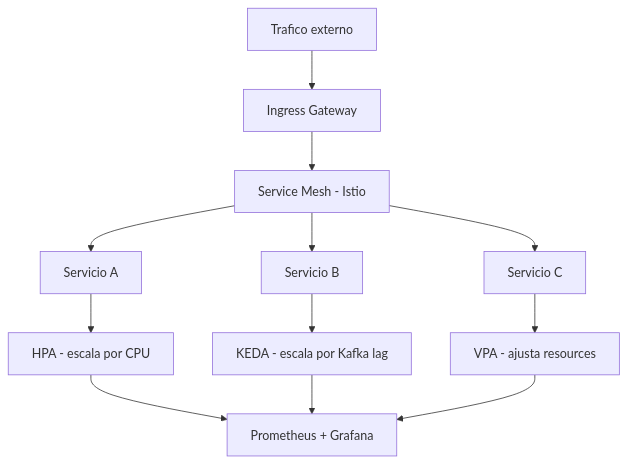
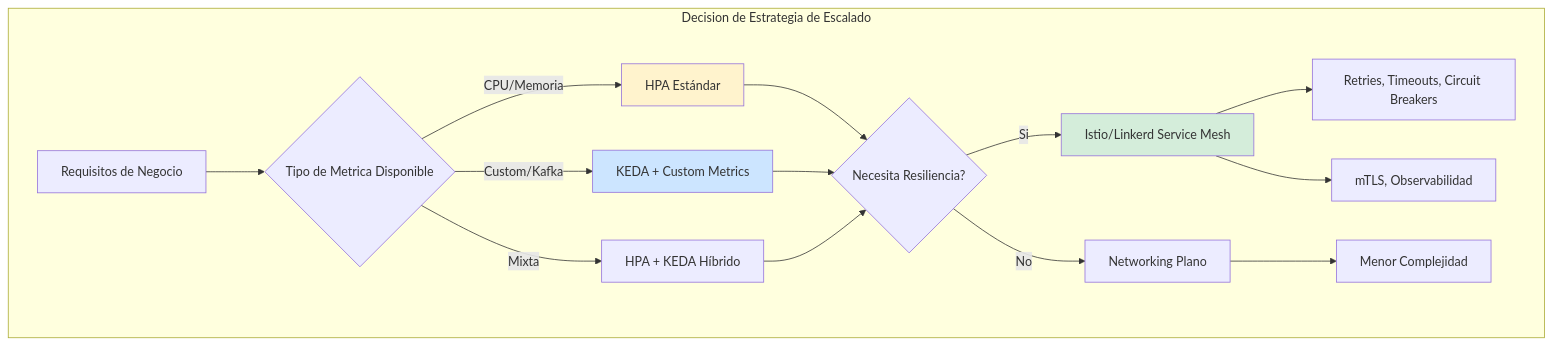
The first of 4 diagrams in 05_SRE_DevOps/kubernetes_auto-escalado_service_mesh_2026_STAFF.md (Joaquinriosheredia/DAM-Java-Mastery), drawn with Mermaid before and after one commit. The commit also changed other lines of this file, not shown here.

Commit message:
kubernetes_auto-escalado_service_mesh_2026_STAFF.md

````diff
--- a/05_SRE_DevOps/kubernetes_auto-escalado_service_mesh_2026_STAFF.md
+++ b/05_SRE_DevOps/kubernetes_auto-escalado_service_mesh_2026_STAFF.md
@@ -29,14 +77,24 @@
 ```mermaid
 graph TD
-    A[Trafico externo] --> B[Ingress Gateway] 
-    B --> C[Service Mesh - Istio]
-    C --> D[Servicio A]
-    C --> E[Servicio B]
-    C --> F[Servicio C]
-    D --> G[HPA - escala por CPU]
-    E --> H[KEDA - escala por Kafka lag]
-    F --> I[VPA - ajusta resources]
-    G --> J[Prometheus + Grafana]
-    H --> J
-    I --> J
+    subgraph "Decision de Estrategia de Escalado"
+        REQ[Requisitos de Negocio] --> METRICA{Tipo de Metrica Disponible}
+        METRICA -->|CPU/Memoria| HPA[HPA Estándar]
+        METRICA -->|Custom/Kafka| KEDA[KEDA + Custom Metrics]
+        METRICA -->|Mixta| HYBRID[HPA + KEDA Híbrido]
+        
+        HPA --> MESH{Necesita Resiliencia?}
+        KEDA --> MESH
+        HYBRID --> MESH
+        
+        MESH -->|Si| ISTIO[Istio/Linkerd Service Mesh]
+        MESH -->|No| PLAIN[Networking Plano]
+        
+        ISTIO --> BENEFIT1[Retries, Timeouts, Circuit Breakers]
+        ISTIO --> BENEFIT2[mTLS, Observabilidad]
+        PLAIN --> BENEFIT3[Menor Complejidad]
+    end
+    
+    style ISTIO fill:#d4edda
+    style KEDA fill:#cce5ff
+    style HPA fill:#fff3cd
 ```
````
